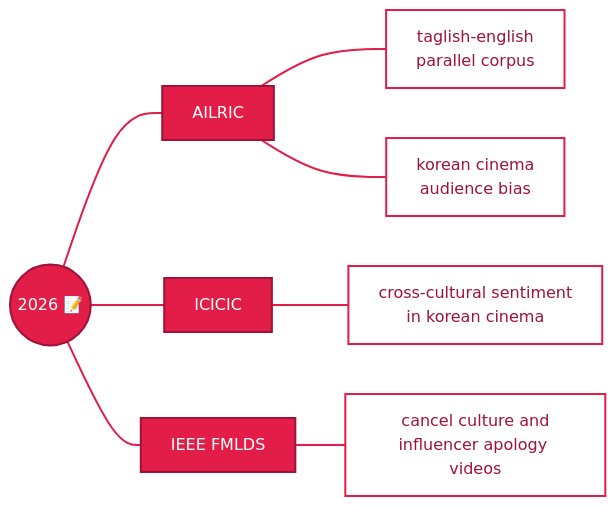
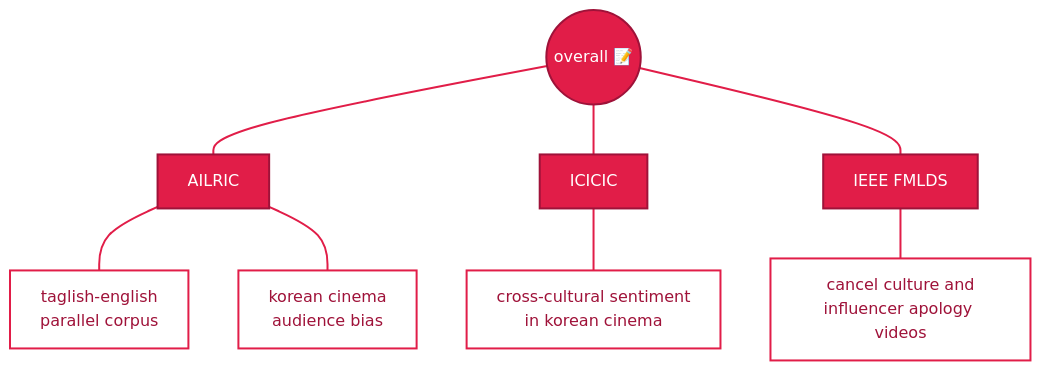
The fourth of 5 diagrams in README.md (mbchavez27/mbchavez27), drawn with Mermaid before and after one commit. The commit also changed other lines of this file, not shown here.

Commit message:
Fix line breaks in Mermaid diagrams in README

````diff
--- a/README.md
+++ b/README.md
@@ -88,20 +88,20 @@
 ```mermaid
-flowchart LR
-    y(("2026 📝"))
+flowchart TB
+    y(("overall 📝"))
     y --- a["AILRIC"]
     y --- i["ICICIC"]
     y --- f["IEEE FMLDS"]
 
     a --- a1["taglish-english<br/>parallel corpus"]
     a --- a2["korean cinema<br/>audience bias"]
     i --- i1["cross-cultural sentiment<br/>in korean cinema"]
     f --- f1["cancel culture and<br/>influencer apology videos"]
 
     classDef core fill:#e11d48,stroke:#9f1239,stroke-width:2px,color:#ffffff
     classDef venue fill:#e11d48,stroke:#9f1239,stroke-width:2px,color:#ffffff
     classDef paper fill:#ffffff,stroke:#e11d48,stroke-width:2px,color:#9f1239
     class y core
     class a,i,f venue
     class a1,a2,i1,f1 paper
     linkStyle default stroke:#e11d48,stroke-width:2px
 ```
````
